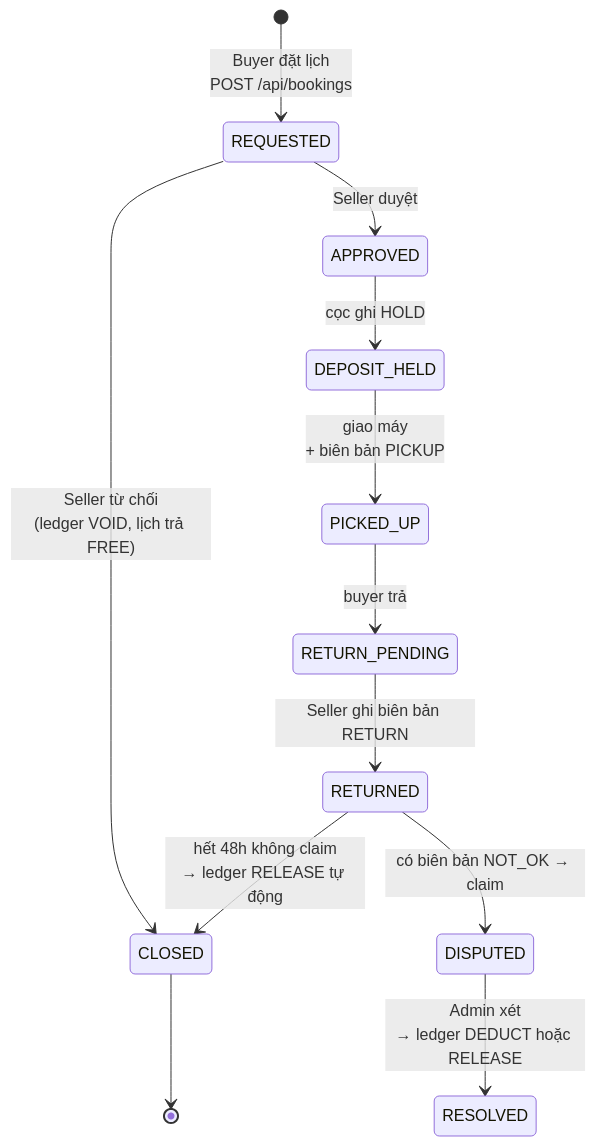
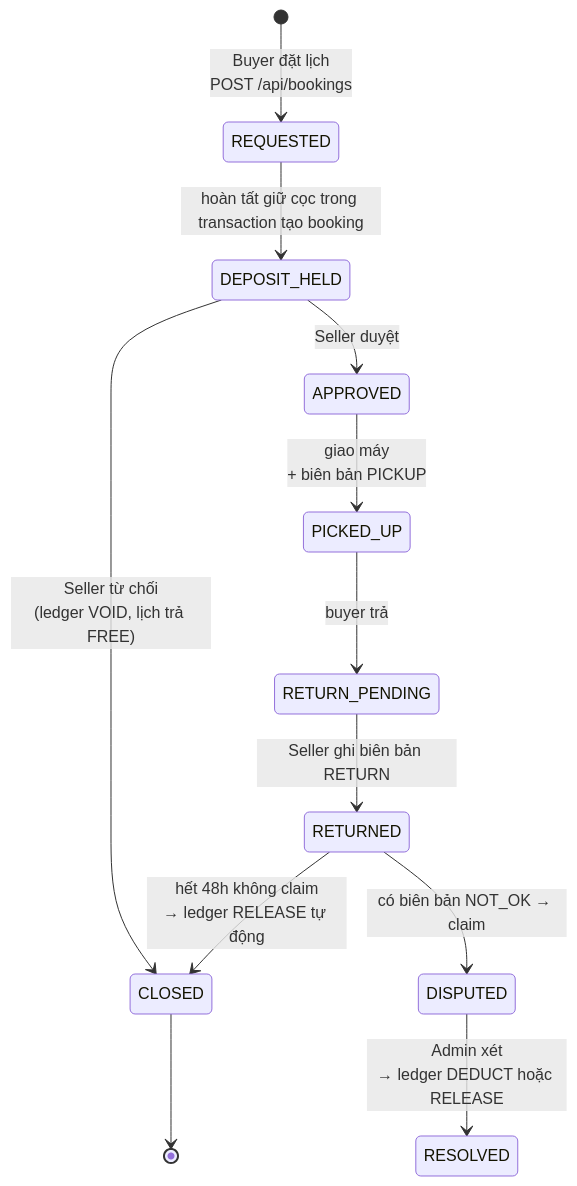
The second of 3 diagrams in doc/data-model.md (BTL-IT3180/gearloop), drawn with Mermaid before and after one commit. The commit also changed other lines of this file and 21 other files, not shown here.

First line of the commit message:
fix(db): enforce booking and deposit integrity (E0-F1-T3) (#185)

````diff
--- a/doc/data-model.md
+++ b/doc/data-model.md
@@ -229,14 +256,14 @@
 ```mermaid
 stateDiagram-v2
     [*] --> REQUESTED : Buyer đặt lịch<br/>POST /api/bookings
-    REQUESTED --> APPROVED : Seller duyệt
-    REQUESTED --> CLOSED : Seller từ chối<br/>(ledger VOID, lịch trả FREE)
-    APPROVED --> DEPOSIT_HELD : cọc ghi HOLD
-    DEPOSIT_HELD --> PICKED_UP : giao máy<br/>+ biên bản PICKUP
+    REQUESTED --> DEPOSIT_HELD : hoàn tất giữ cọc trong transaction tạo booking
+    DEPOSIT_HELD --> APPROVED : Seller duyệt
+    DEPOSIT_HELD --> CLOSED : Seller từ chối<br/>(ledger VOID, lịch trả FREE)
+    APPROVED --> PICKED_UP : giao máy<br/>+ biên bản PICKUP
     PICKED_UP --> RETURN_PENDING : buyer trả
     RETURN_PENDING --> RETURNED : Seller ghi biên bản RETURN
     RETURNED --> CLOSED : hết 48h không claim<br/>→ ledger RELEASE tự động
     RETURNED --> DISPUTED : có biên bản NOT_OK → claim
     DISPUTED --> RESOLVED : Admin xét<br/>→ ledger DEDUCT hoặc RELEASE
     CLOSED --> [*]
 ```
````
